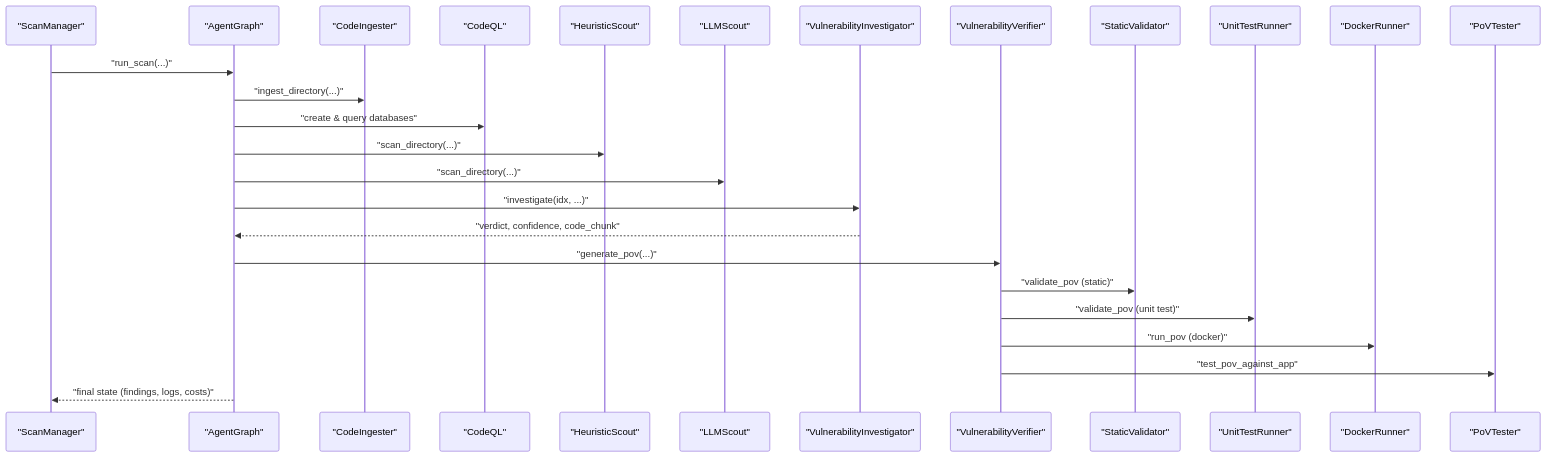
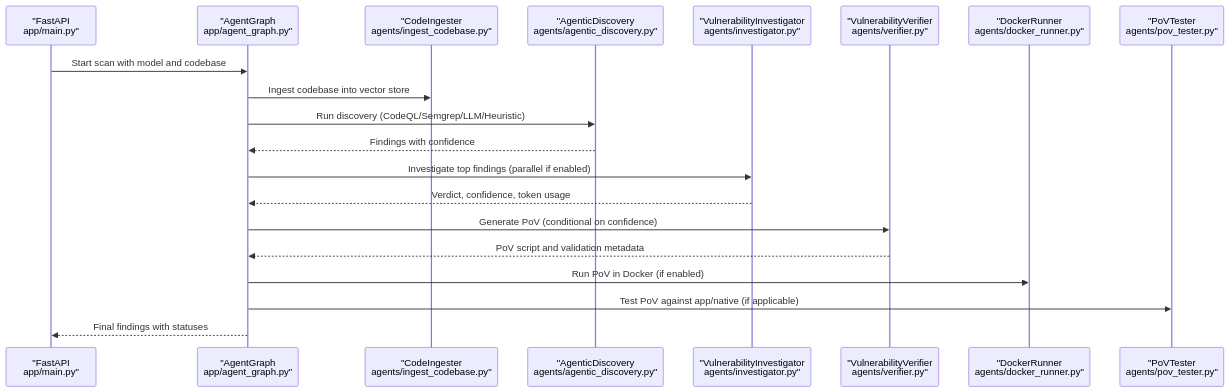
Before and after one commit to keysight-anya/AutoPoV: the second of 6 diagrams in .qoder/repowiki/en/content/Agent System/Agent System.md, drawn with Mermaid. The commit also changed other lines of this file and 150 other files, not shown here.

````diff
--- a/.qoder/repowiki/en/content/Agent System/Agent System.md
+++ b/.qoder/repowiki/en/content/Agent System/Agent System.md
@@ -117,28 +113,22 @@
 ```mermaid
 sequenceDiagram
-participant SM as "ScanManager"
-participant AG as "AgentGraph"
-participant CI as "CodeIngester"
-participant CD as "CodeQL"
-participant HS as "HeuristicScout"
-participant LLM_S as "LLMScout"
-participant INV as "VulnerabilityInvestigator"
-participant VFY as "VulnerabilityVerifier"
-participant SV as "StaticValidator"
-participant UTR as "UnitTestRunner"
-participant DR as "DockerRunner"
-participant PT as "PoVTester"
-SM->>AG : "run_scan(...)"
-AG->>CI : "ingest_directory(...)"
-AG->>CD : "create & query databases"
-AG->>HS : "scan_directory(...)"
-AG->>LLM_S : "scan_directory(...)"
-AG->>INV : "investigate(idx, ...)"
-INV-->>AG : "verdict, confidence, code_chunk"
-AG->>VFY : "generate_pov(...)"
-VFY->>SV : "validate_pov (static)"
-VFY->>UTR : "validate_pov (unit test)"
-VFY->>DR : "run_pov (docker)"
-VFY->>PT : "test_pov_against_app"
-AG-->>SM : "final state (findings, logs, costs)"
+participant API as "FastAPI<br/>app/main.py"
+participant AG as "AgentGraph<br/>app/agent_graph.py"
+participant CI as "CodeIngester<br/>agents/ingest_codebase.py"
+participant AD as "AgenticDiscovery<br/>agents/agentic_discovery.py"
+participant INV as "VulnerabilityInvestigator<br/>agents/investigator.py"
+participant VER as "VulnerabilityVerifier<br/>agents/verifier.py"
+participant DR as "DockerRunner<br/>agents/docker_runner.py"
+participant PT as "PoVTester<br/>agents/pov_tester.py"
+API->>AG : Start scan with model and codebase
+AG->>CI : Ingest codebase into vector store
+AG->>AD : Run discovery (CodeQL/Semgrep/LLM/Heuristic)
+AD-->>AG : Findings with confidence
+AG->>INV : Investigate top findings (parallel if enabled)
+INV-->>AG : Verdict, confidence, token usage
+AG->>VER : Generate PoV (conditional on confidence)
+VER-->>AG : PoV script and validation metadata
+AG->>DR : Run PoV in Docker (if enabled)
+AG->>PT : Test PoV against app/native (if applicable)
+AG-->>API : Final findings with statuses
 ```
````
